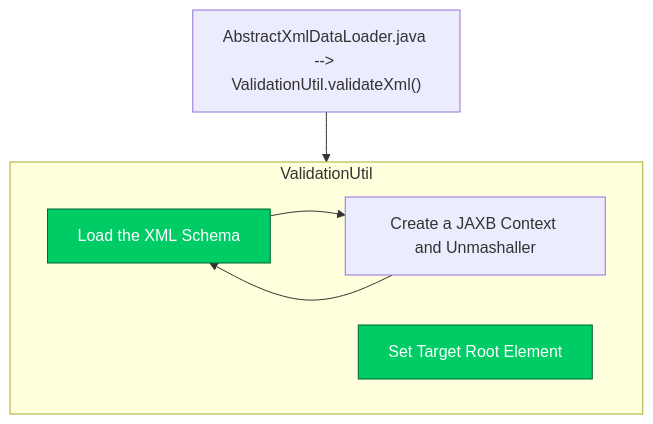
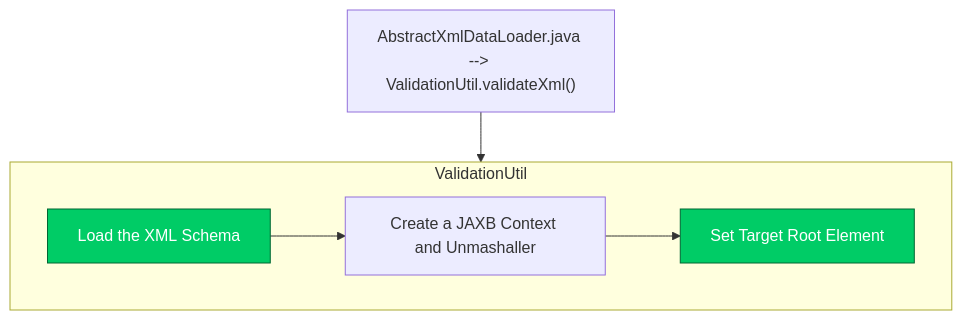
One commit to luthfiadityaa/SimeDarby-Wiki changed the eighth of 8 diagrams in Basic-Design/Host-Interfaces.md. Above: the diagram before and after it, drawn with Mermaid.

Commit message:
Updated Host Interfaces

```diff
--- a/Basic-Design/Host-Interfaces.md
+++ b/Basic-Design/Host-Interfaces.md
@@ -637,17 +637,17 @@
 ::: mermaid
 flowchart TD
  C1["AbstractXmlDataLoader.java --> ValidationUtil.validateXml()"]
  C1 --> ValidationUtil
 
 subgraph ValidationUtil
- C2 --> C3 --> 
+ C2 --> C3 --> C4
  C2["Load the XML Schema"]
  C3["Create a JAXB Context and Unmashaller"]
  C4["Set Target Root Element"]
 end
 
 click C2 "https://dev.azure.com/Daifuku-SW/ID_SimeDarbyPlantation/_wiki/wikis/ID_SimeDarbyPlantation.wiki/833/Host-Interfaces?anchor=stage-5"
 click C4 "https://dev.azure.com/Daifuku-SW/ID_SimeDarbyPlantation/_wiki/wikis/ID_SimeDarbyPlantation.wiki/833/Host-Interfaces?anchor=stage-4"
 style C2 fill:#00cc66,stroke:#006633,color:#ffffff
 style C4 fill:#00cc66,stroke:#006633,color:#ffffff
 :::
```
